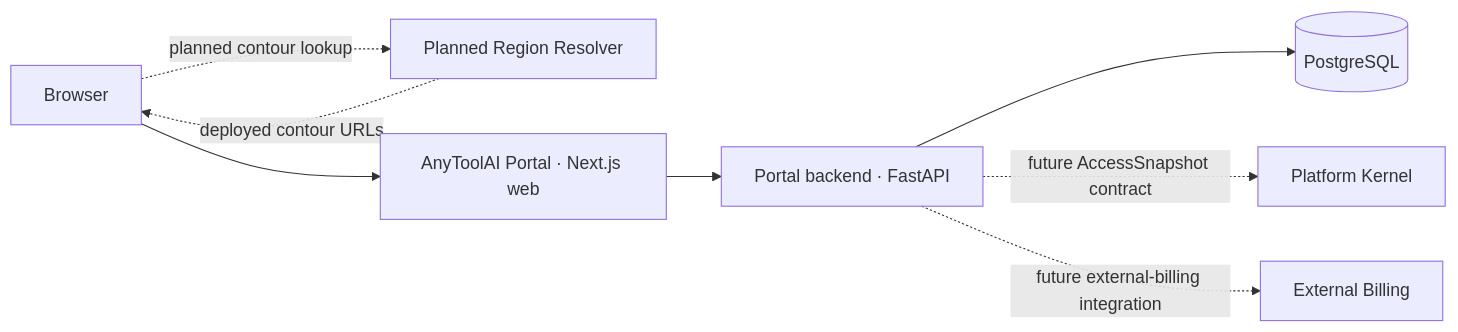
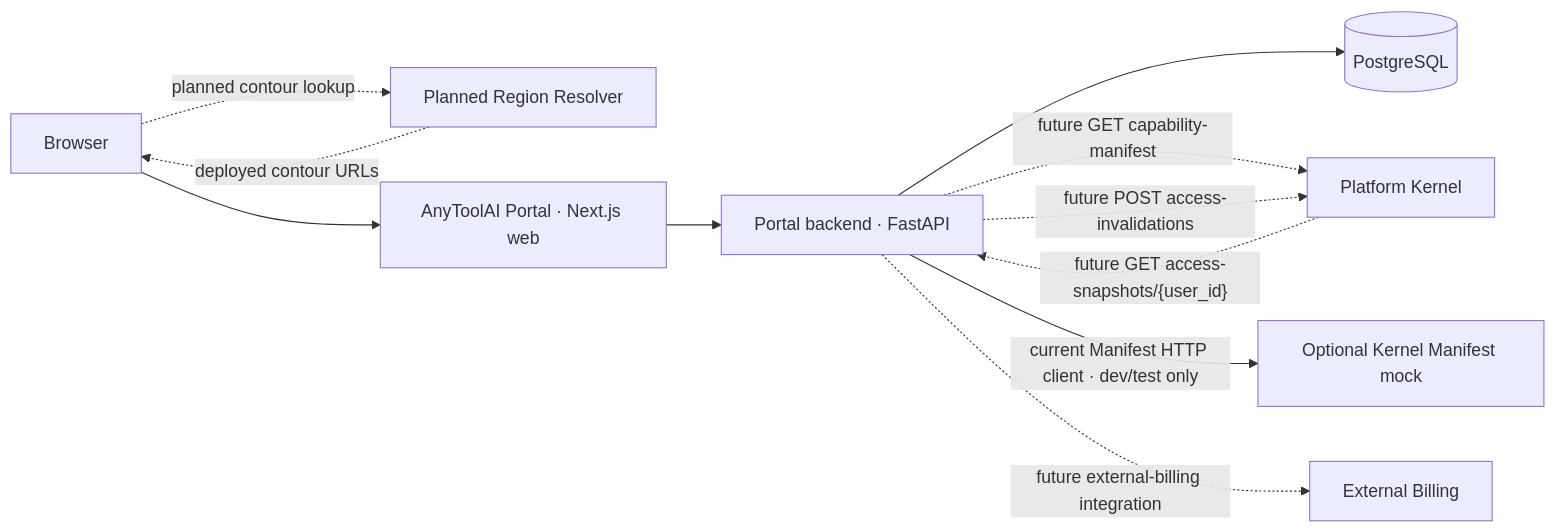
The diagram in ARCHITECTURE.md (gushinets/payments-portal), drawn with Mermaid before and after one commit. The commit also changed other lines of this file and 15 other files, not shown here.

````diff
--- a/ARCHITECTURE.md
+++ b/ARCHITECTURE.md
@@ -29,10 +33,13 @@
 ```mermaid
 flowchart LR
   Browser -. "planned contour lookup" .-> Resolver["Planned Region Resolver"]
   Resolver -. "deployed contour URLs" .-> Browser
   Browser --> Web["AnyToolAI Portal · Next.js web"]
   Web --> API["Portal backend · FastAPI"]
   API --> DB[("PostgreSQL")]
-  API -. "future AccessSnapshot contract" .-> Kernel["Platform Kernel"]
+  API -. "future GET capability-manifest" .-> Kernel["Platform Kernel"]
+  Kernel -. "future GET access-snapshots/{user_id}" .-> API
+  API -. "future POST access-invalidations" .-> Kernel
+  API -->|"current Manifest HTTP client · dev/test only"| Mock["Optional Kernel Manifest mock"]
   API -. "future external-billing integration" .-> Billing["External Billing"]
 ```
````
